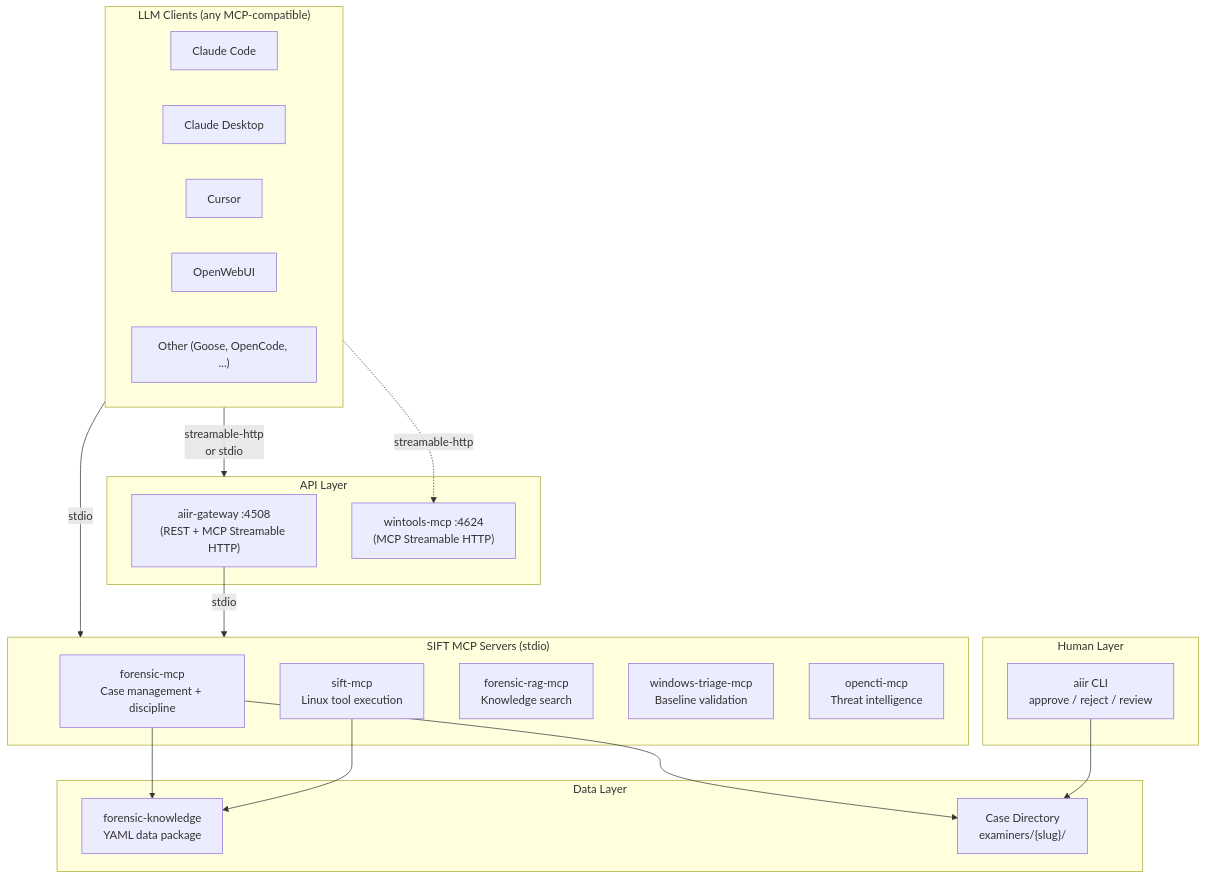
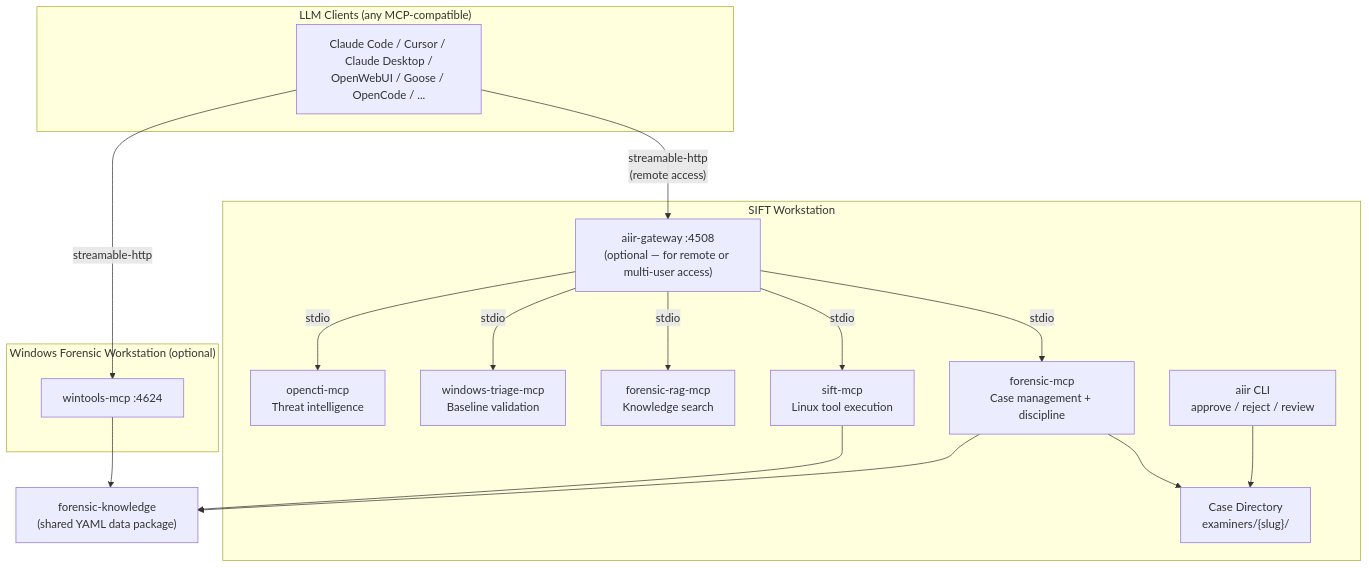
One commit to AppliedIR/aiir changed the first of 5 diagrams in README.md. Above: the diagram before and after it, drawn with Mermaid. The commit also changed other lines of this file, not shown here.

Commit message:
fix component map diagram: separate SIFT and Windows, remove false API layer grouping

````diff
--- a/README.md
+++ b/README.md
@@ -49,41 +49,37 @@
 ```mermaid
 graph TB
     subgraph clients ["LLM Clients (any MCP-compatible)"]
-        CC[Claude Code]
-        CD[Claude Desktop]
-        CU[Cursor]
-        OW[OpenWebUI]
-        OT["Other (Goose, OpenCode, ...)"]
+        CC["Claude Code / Cursor / Claude Desktop /<br/>OpenWebUI / Goose / OpenCode / ..."]
     end
 
-    subgraph api ["API Layer"]
-        GW["aiir-gateway :4508<br/>(REST + MCP Streamable HTTP)"]
-        WT["wintools-mcp :4624<br/>(MCP Streamable HTTP)"]
-    end
-
-    subgraph sift ["SIFT MCP Servers (stdio)"]
+    subgraph sift ["SIFT Workstation"]
+        GW["aiir-gateway :4508<br/>(optional — for remote or multi-user access)"]
         FM[forensic-mcp<br/>Case management + discipline]
         SM[sift-mcp<br/>Linux tool execution]
         FR[forensic-rag-mcp<br/>Knowledge search]
         WTR[windows-triage-mcp<br/>Baseline validation]
         OC[opencti-mcp<br/>Threat intelligence]
+        CASE["Case Directory<br/>examiners/{slug}/"]
+        CLI["aiir CLI<br/>approve / reject / review"]
+
+        GW -->|stdio| FM
+        GW -->|stdio| SM
+        GW -->|stdio| FR
+        GW -->|stdio| WTR
+        GW -->|stdio| OC
+        FM --> CASE
+        CLI --> CASE
     end
 
-    subgraph data ["Data Layer"]
-        FK[forensic-knowledge<br/>YAML data package]
-        CASE["Case Directory<br/>examiners/{slug}/"]
+    subgraph winbox ["Windows Forensic Workstation (optional)"]
+        WT["wintools-mcp :4624"]
     end
 
-    subgraph human ["Human Layer"]
-        CLI["aiir CLI<br/>approve / reject / review"]
-    end
+    FK["forensic-knowledge<br/>(shared YAML data package)"]
 
-    clients -->|"streamable-http<br/>or stdio"| api
-    clients -->|stdio| sift
-    GW -->|stdio| sift
+    CC -->|"streamable-http<br/>(remote access)"| GW
+    CC -->|"streamable-http"| WT
     FM --> FK
     SM --> FK
-    FM --> CASE
-    CLI --> CASE
-    clients -.->|streamable-http| WT
+    WT --> FK
 ```
````
